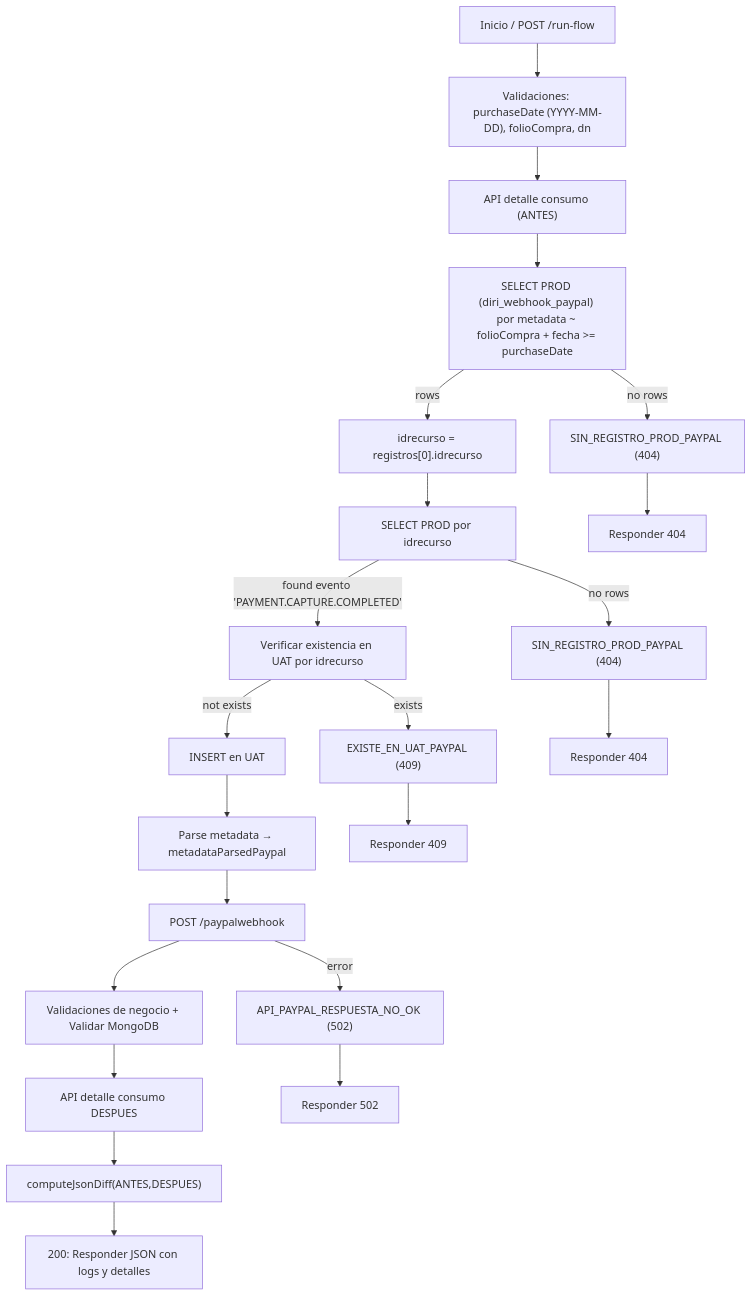
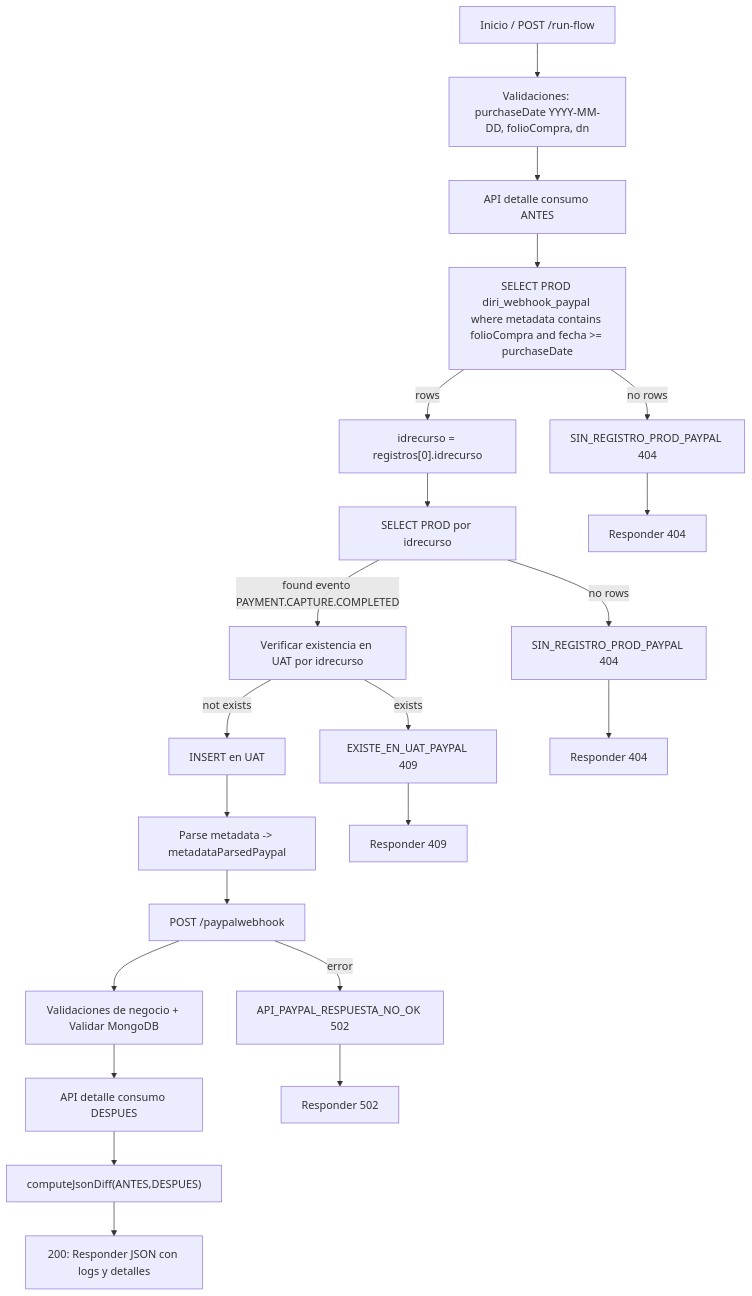
The second of 6 diagrams in README.md (EdgarViOl/QA_Diri), drawn with Mermaid before and after one commit. The commit also changed other lines of this file and 1 other file, not shown here.

````diff
--- a/README.md
+++ b/README.md
@@ -150,24 +149,24 @@
 ```mermaid
 flowchart TD
-  Start["Inicio / POST /run-flow"] --> ValidacionesPP["Validaciones: purchaseDate (YYYY-MM-DD), folioCompra, dn"]
-  ValidacionesPP --> ConsumoAntesPP["API detalle consumo (ANTES)"]
-  ConsumoAntesPP --> ProdQuery1["SELECT PROD (diri_webhook_paypal) por metadata ~ folioCompra + fecha >= purchaseDate"]
-  ProdQuery1 -->|no rows| NoProdPP["SIN_REGISTRO_PROD_PAYPAL (404)"]
-  ProdQuery1 -->|rows| ExtractId["idrecurso = registros[0].idrecurso"]
+  Start["Inicio / POST /run-flow"] --> ValidacionesPP["Validaciones: purchaseDate YYYY-MM-DD, folioCompra, dn"]
+  ValidacionesPP --> ConsumoAntesPP["API detalle consumo ANTES"]
+  ConsumoAntesPP --> ProdQuery1["SELECT PROD diri_webhook_paypal where metadata contains folioCompra and fecha >= purchaseDate"]
+  ProdQuery1 -->|"no rows"| NoProdPP["SIN_REGISTRO_PROD_PAYPAL 404"]
+  ProdQuery1 -->|"rows"| ExtractId["idrecurso = registros[0].idrecurso"]
   ExtractId --> ProdQuery2["SELECT PROD por idrecurso"]
-  ProdQuery2 -->|no rows| NoProdPP2["SIN_REGISTRO_PROD_PAYPAL (404)"]
-  ProdQuery2 -->|found evento 'PAYMENT.CAPTURE.COMPLETED'| VerificarUatPP["Verificar existencia en UAT por idrecurso"]
-  VerificarUatPP -->|exists| ExisteUatPP["EXISTE_EN_UAT_PAYPAL (409)"]
-  VerificarUatPP -->|not exists| InsertUatPP["INSERT en UAT"]
-  InsertUatPP --> ParseMetadataPP["Parse metadata → metadataParsedPaypal"]
+  ProdQuery2 -->|"no rows"| NoProdPP2["SIN_REGISTRO_PROD_PAYPAL 404"]
+  ProdQuery2 -->|"found evento PAYMENT.CAPTURE.COMPLETED"| VerificarUatPP["Verificar existencia en UAT por idrecurso"]
+  VerificarUatPP -->|"exists"| ExisteUatPP["EXISTE_EN_UAT_PAYPAL 409"]
+  VerificarUatPP -->|"not exists"| InsertUatPP["INSERT en UAT"]
+  InsertUatPP --> ParseMetadataPP["Parse metadata -> metadataParsedPaypal"]
   ParseMetadataPP --> CallPaypalAPI["POST /paypalwebhook"]
-  CallPaypalAPI -->|error| ApiErrorPP["API_PAYPAL_RESPUESTA_NO_OK (502)"]
+  CallPaypalAPI -->|"error"| ApiErrorPP["API_PAYPAL_RESPUESTA_NO_OK 502"]
   CallPaypalAPI --> ValidacionesNegocioPP["Validaciones de negocio + Validar MongoDB"]
   ValidacionesNegocioPP --> ConsumoDespuesPP["API detalle consumo DESPUES"]
   ConsumoDespuesPP --> ComputeDiffPP["computeJsonDiff(ANTES,DESPUES)"]
   ComputeDiffPP --> ResponsePP["200: Responder JSON con logs y detalles"]
   NoProdPP --> ResponseErrPP1["Responder 404"]
   NoProdPP2 --> ResponseErrPP2["Responder 404"]
   ExisteUatPP --> ResponseErrPP3["Responder 409"]
   ApiErrorPP --> ResponseErrPP4["Responder 502"]
 ```
````
